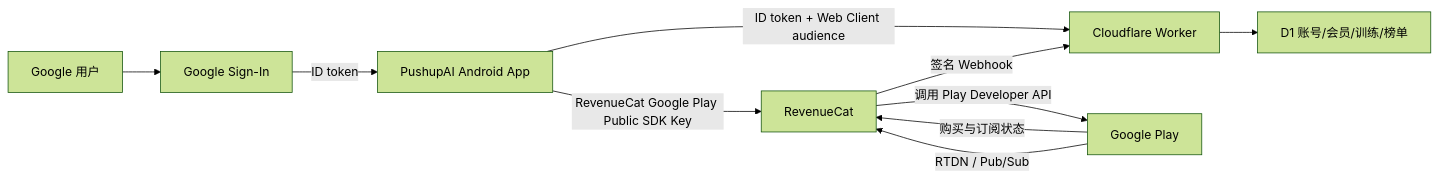
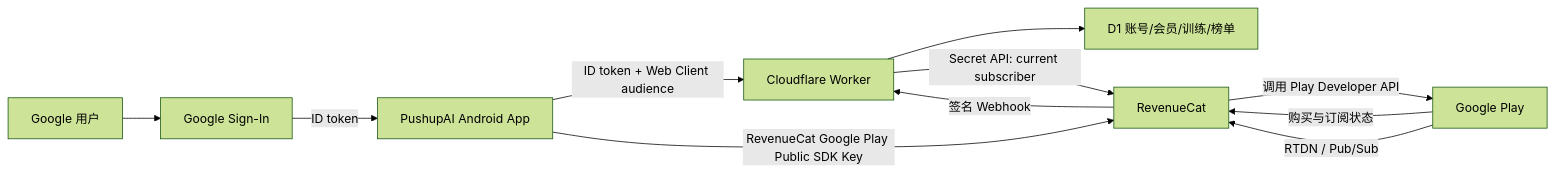
Before and after one commit to mhgd3250905/ugk-exercise: the diagram in docs/release-configuration.md, drawn with Mermaid (forest theme). The commit also changed other lines of this file and 4 other files, not shown here.

````diff
--- a/docs/release-configuration.md
+++ b/docs/release-configuration.md
@@ -38,13 +39,14 @@
 ```mermaid
 flowchart LR
     User["Google 用户"] --> SignIn["Google Sign-In"]
     SignIn -->|"ID token"| App["PushupAI Android App"]
     App -->|"ID token + Web Client audience"| Worker["Cloudflare Worker"]
     Worker --> D1["D1 账号/会员/训练/榜单"]
 
     App -->|"RevenueCat Google Play Public SDK Key"| RC["RevenueCat"]
     RC -->|"调用 Play Developer API"| Play["Google Play"]
     Play -->|"购买与订阅状态"| RC
     Play -->|"RTDN / Pub/Sub"| RC
     RC -->|"签名 Webhook"| Worker
+    Worker -->|"Secret API: current subscriber"| RC
 ```
````
